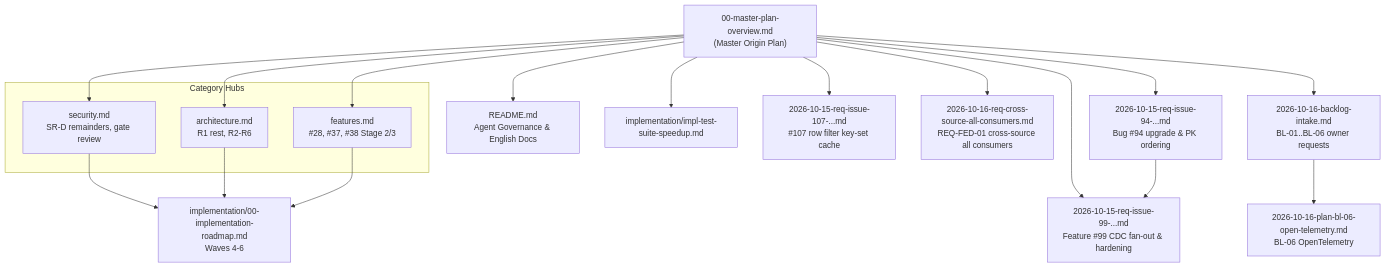
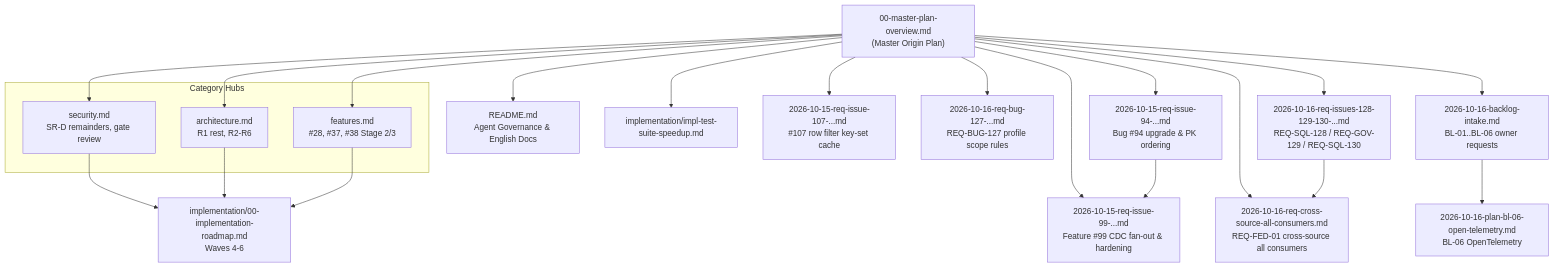
One commit to themulle/autheris changed the diagram in docs/plans/00-master-plan-overview.md. Above: the diagram before and after it, drawn with Mermaid. The commit also changed other lines of this file and 5 other files, not shown here.

Commit message:
docs(plans): Phase 1 PRDs for issues #127-#132 (REQ-BUG-127, REQ-SQL-128, REQ-GOV-129, REQ-SQL-130, REQ-FED-01 section 7.2)

````diff
--- a/docs/plans/00-master-plan-overview.md
+++ b/docs/plans/00-master-plan-overview.md
@@ -56,36 +58,41 @@
 ```mermaid
 flowchart TD
     MP["00-master-plan-overview.md<br/>(Master Origin Plan)"]
     AG["README.md<br/>Agent Governance & English Docs"]
     IR["implementation/00-implementation-roadmap.md<br/>Waves 4-6"]
 
     subgraph Categories ["Category Hubs"]
         SR["security.md<br/>SR-D remainders, gate review"]
         AR["architecture.md<br/>R1 rest, R2-R6"]
         FT["features.md<br/>#28, #37, #38 Stage 2/3"]
     end
 
     TS["implementation/impl-test-suite-speedup.md"]
     B94["2026-10-15-req-issue-94-...md<br/>Bug #94 upgrade & PK ordering"]
     C99["2026-10-15-req-issue-99-...md<br/>Feature #99 CDC fan-out & hardening"]
     R107["2026-10-15-req-issue-107-...md<br/>#107 row filter key-set cache"]
     FED1["2026-10-16-req-cross-source-all-consumers.md<br/>REQ-FED-01 cross-source all consumers"]
     BL["2026-10-16-backlog-intake.md<br/>BL-01..BL-06 owner requests"]
+    B127["2026-10-16-req-bug-127-...md<br/>REQ-BUG-127 profile scope rules"]
+    R128["2026-10-16-req-issues-128-129-130-...md<br/>REQ-SQL-128 / REQ-GOV-129 / REQ-SQL-130"]
     BL6["2026-10-16-plan-bl-06-open-telemetry.md<br/>BL-06 OpenTelemetry"]
 
     MP --> AG
     MP --> SR
     MP --> AR
     MP --> FT
     MP --> TS
     MP --> B94
     MP --> C99
     B94 --> C99
     MP --> R107
     MP --> FED1
+    MP --> B127
+    MP --> R128
+    R128 --> FED1
     MP --> BL
     BL --> BL6
     SR --> IR
     AR --> IR
     FT --> IR
 ```
````
